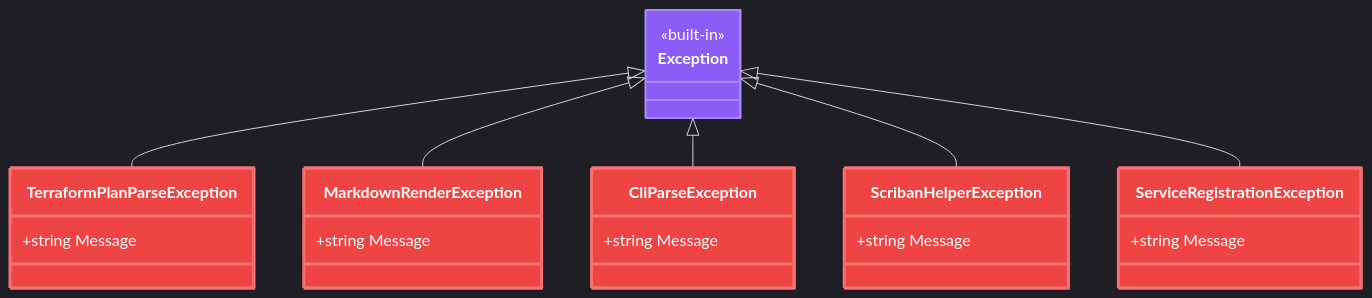
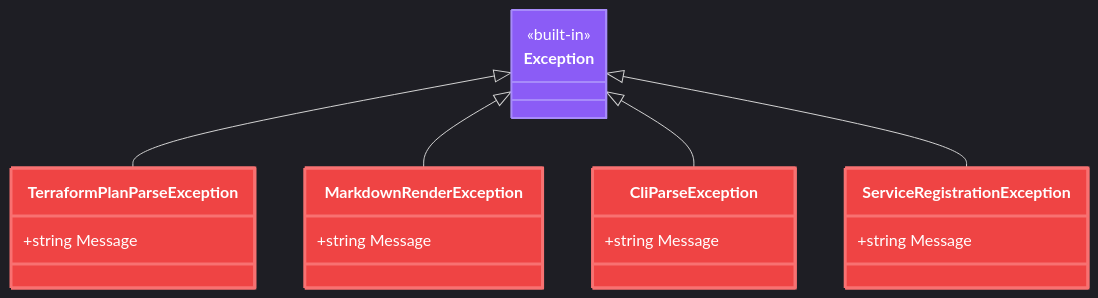
Before and after one commit to oocx/tfplan2md: diagram 16 of 17 in docs/architecture.md, drawn with Mermaid. The commit also changed other lines of this file and 23 other files, not shown here.

````diff
--- a/docs/architecture.md
+++ b/docs/architecture.md
@@ -1517,35 +1367,30 @@
 ```mermaid
 %%{init: {'theme':'dark', 'themeVariables': { 'fontSize':'16px', 'fontFamily':'ui-sans-serif, system-ui, sans-serif'}}}%%
 classDiagram
     Exception <|-- TerraformPlanParseException
     Exception <|-- MarkdownRenderException
     Exception <|-- CliParseException
-    Exception <|-- ScribanHelperException
     Exception <|-- ServiceRegistrationException
     
     class Exception {
         <<built-in>>
     }
     class TerraformPlanParseException {
         +string Message
     }
     class MarkdownRenderException {
         +string Message
     }
     class CliParseException {
         +string Message
     }
-    class ScribanHelperException {
-        +string Message
-    }
     class ServiceRegistrationException {
         +string Message
     }
     
     style Exception fill:#8b5cf6,stroke:#a78bfa,stroke-width:2px,color:#ffffff
     style TerraformPlanParseException fill:#ef4444,stroke:#f87171,stroke-width:3px,color:#ffffff
     style MarkdownRenderException fill:#ef4444,stroke:#f87171,stroke-width:3px,color:#ffffff
     style CliParseException fill:#ef4444,stroke:#f87171,stroke-width:3px,color:#ffffff
-    style ScribanHelperException fill:#ef4444,stroke:#f87171,stroke-width:3px,color:#ffffff
     style ServiceRegistrationException fill:#ef4444,stroke:#f87171,stroke-width:3px,color:#ffffff
 ```
````
